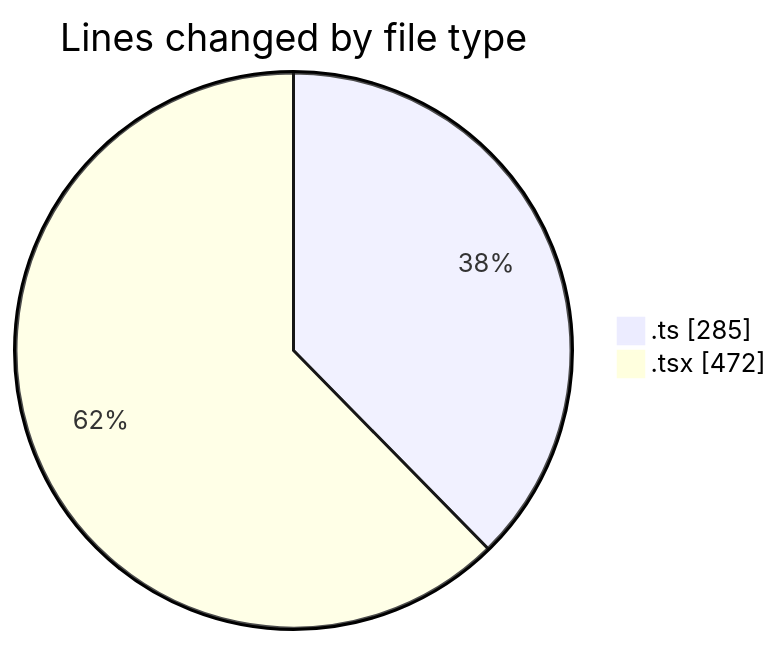
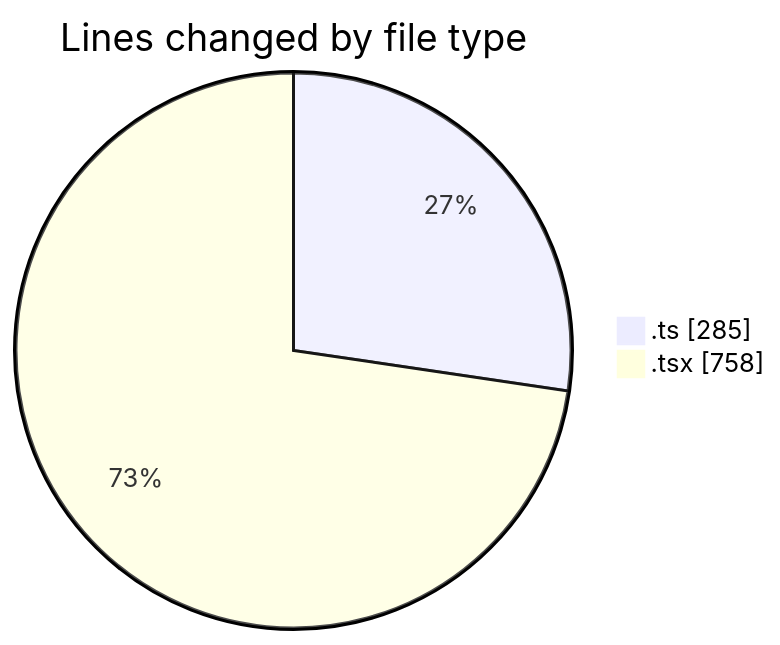
One commit to nxtqubesakshisongat/code-tracking changed the first of 2 diagrams in 2026-08-21/nxtqube_webapp/README.md. Above: the diagram before and after it, drawn with Mermaid. The commit also changed other lines of this file and 1 other file, not shown here.

````diff
--- a/2026-08-21/nxtqube_webapp/README.md
+++ b/2026-08-21/nxtqube_webapp/README.md
@@ -23,6 +25,6 @@
 ```mermaid
 pie showData
 title Lines changed by file type
 ".ts" : 285
-".tsx" : 472
+".tsx" : 758
 ```
````
